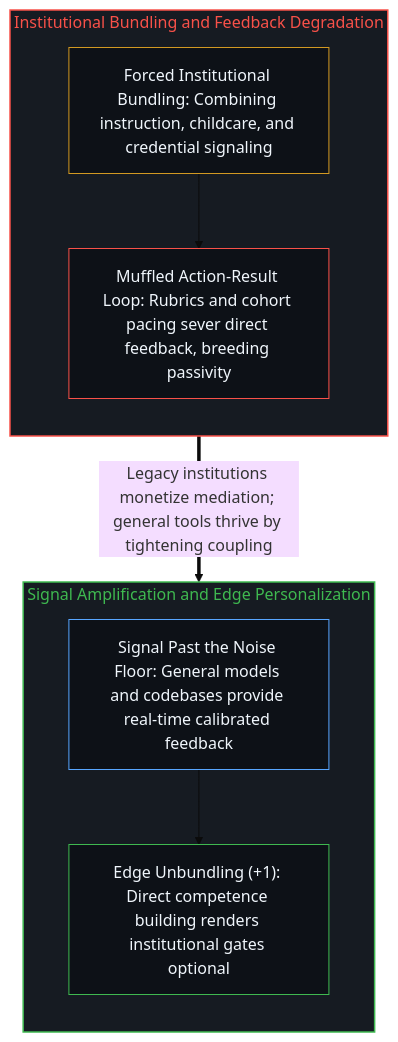
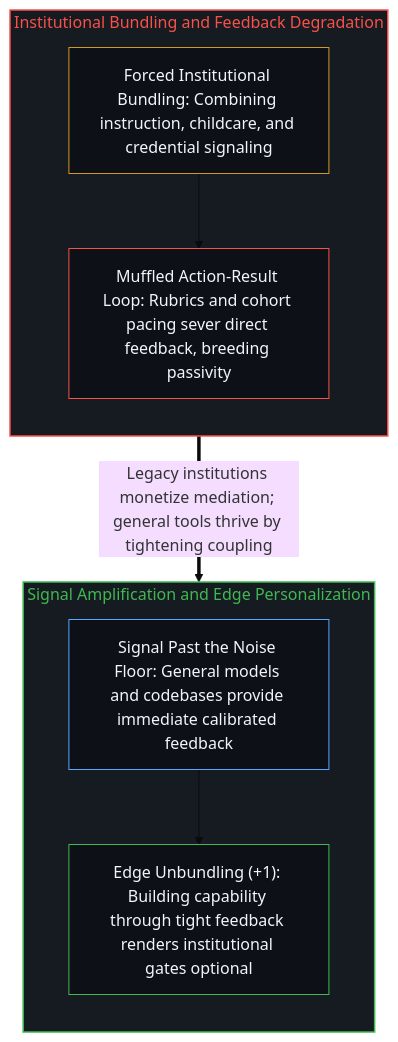
Before and after one commit to powerpig99/not-a-toe: the second of 2 diagrams in content/posts/school_essay_final.md, drawn with Mermaid (base theme). The commit also changed other lines of this file and 7 other files, not shown here.

````diff
--- a/content/posts/school_essay_final.md
+++ b/content/posts/school_essay_final.md
@@ -42,22 +42,22 @@
 ```mermaid
 flowchart TD
     subgraph S_School["Institutional Bundling and Feedback Degradation"]
         direction TB
         Bundle["Forced Institutional Bundling: Combining instruction, childcare, and credential signaling"]
         Muffle["Muffled Action-Result Loop: Rubrics and cohort pacing sever direct feedback, breeding passivity"]
         Bundle --> Muffle
     end
     subgraph S_Edge["Signal Amplification and Edge Personalization"]
         direction TB
-        Signal["Signal Past the Noise Floor: General models and codebases provide real-time calibrated feedback"]
-        Unbundle["Edge Unbundling (+1): Direct competence building renders institutional gates optional"]
+        Signal["Signal Past the Noise Floor: General models and codebases provide immediate calibrated feedback"]
+        Unbundle["Edge Unbundling (+1): Building capability through tight feedback renders institutional gates optional"]
         Signal --> Unbundle
     end
     Muffle ==>|"Legacy institutions monetize mediation; general tools thrive by tightening coupling"| Signal
     style S_School fill:#161b22,stroke:#f85149,stroke-width:1.5px,color:#f85149
     style S_Edge fill:#161b22,stroke:#3fb950,stroke-width:1.5px,color:#3fb950
     style Bundle fill:#0d1117,stroke:#d29922,stroke-width:1px,color:#f0f6fc
     style Muffle fill:#0d1117,stroke:#f85149,stroke-width:1px,color:#f0f6fc
     style Signal fill:#0d1117,stroke:#58a6ff,stroke-width:1px,color:#f0f6fc
     style Unbundle fill:#0d1117,stroke:#3fb950,stroke-width:1px,color:#f0f6fc
 ```
````
